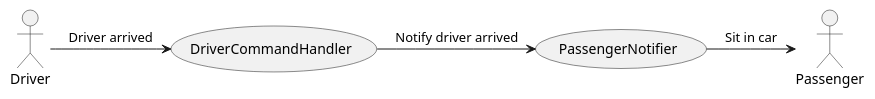
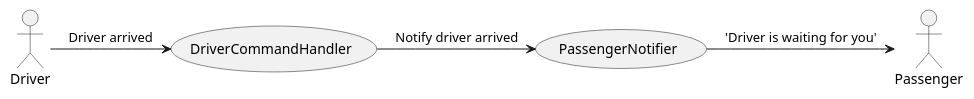
Before and after one commit to JabaJabila/Whoober: the diagram in Docs/DriverArrived.puml, drawn with PlantUML.

Commit message:
doc: minor changes in diagram

```diff
--- a/Docs/DriverArrived.puml
+++ b/Docs/DriverArrived.puml
@@ -1,12 +1,12 @@
 @startuml
 actor Passenger
 actor Driver
 
 usecase PassengerNotifier
 usecase DriverCommandHandler
 
 Driver -> DriverCommandHandler : "Driver arrived"
 DriverCommandHandler -> PassengerNotifier : "Notify driver arrived"
-PassengerNotifier -> Passenger : "Sit in car"
+PassengerNotifier -> Passenger : "'Driver is waiting for you'"
 
 @enduml
```
